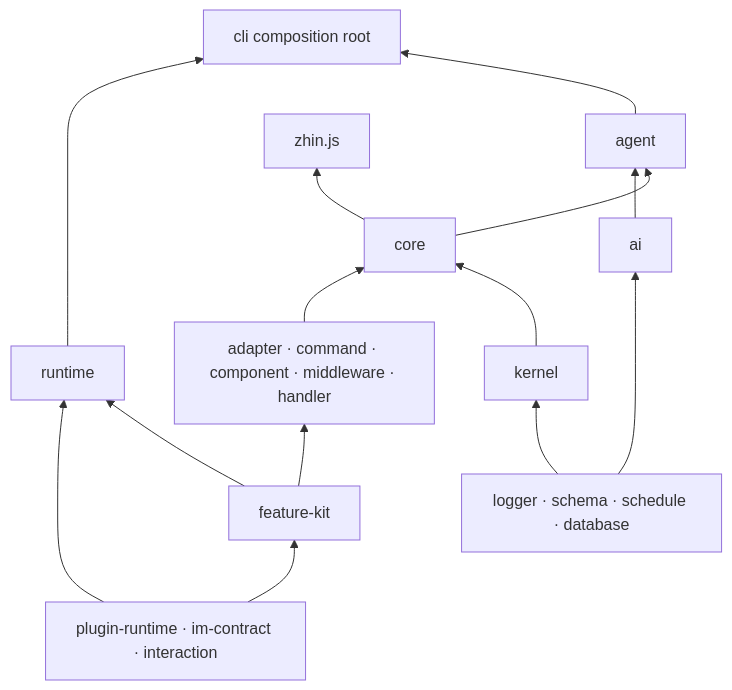
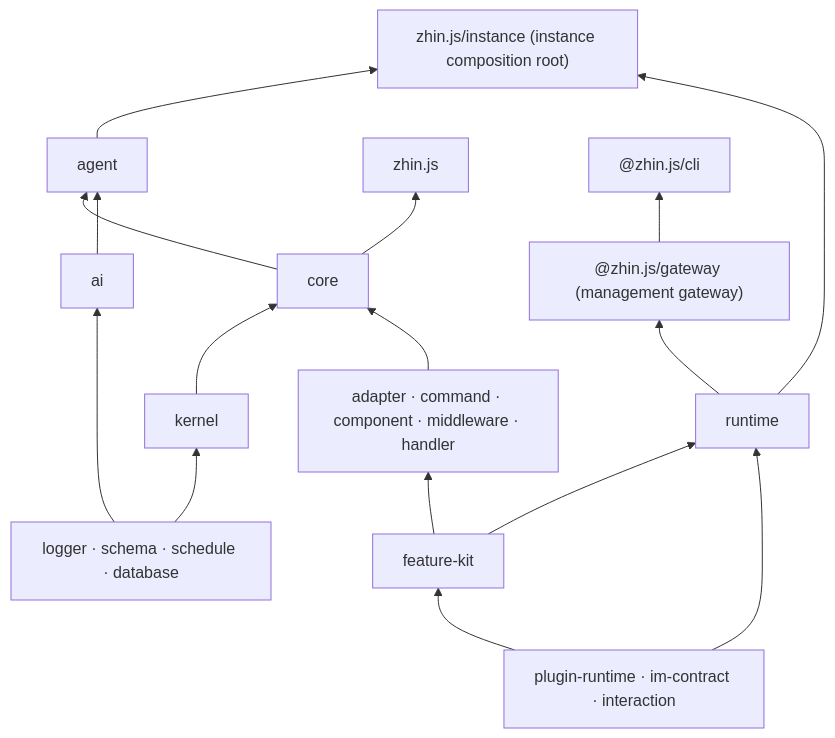
One commit to zhinjs/zhin changed the diagram in docs/en/contributing/repo-structure.md. Above: the diagram before and after it, drawn with Mermaid. The commit also changed other lines of this file and 612 other files, not shown here.

First line of the commit message:
refactor: split @zhin.js/gateway and move the composition root to zhin.js/instance (B1.-1)

````diff
--- a/docs/en/contributing/repo-structure.md
+++ b/docs/en/contributing/repo-structure.md
@@ -38,16 +38,18 @@
 ```mermaid
 flowchart BT
   contract["plugin-runtime · im-contract · interaction"] --> featureKit["feature-kit"]
   featureKit --> features["adapter · command · component · middleware · handler"]
   features --> core["core"]
   basic["logger · schema · schedule · database"] --> kernel["kernel"]
   kernel --> core
   basic --> ai["ai"]
   ai --> agent["agent"]
   core --> agent
   core --> zhin["zhin.js"]
   contract --> runtime["runtime"]
   featureKit --> runtime
-  runtime --> cli["cli composition root"]
-  agent --> cli
+  runtime --> instance["zhin.js/instance (instance composition root)"]
+  agent --> instance
+  runtime --> gateway["@zhin.js/gateway (management gateway)"]
+  gateway --> cli["@zhin.js/cli"]
 ```
````
